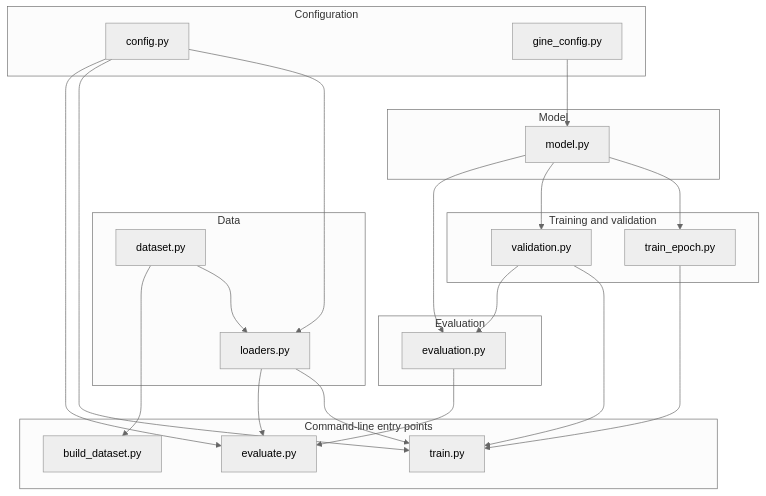
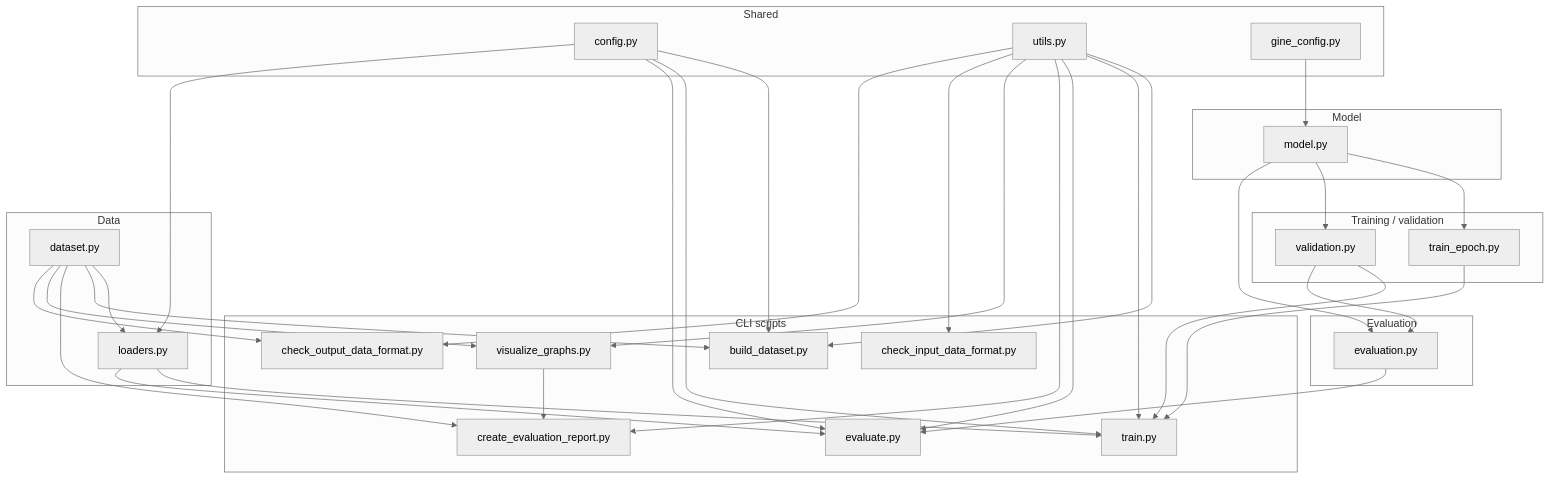
One commit to mananoreboton/gnn_gine_mprov3 changed the second of 2 diagrams in README.md. Above: the diagram before and after it, drawn with Mermaid (neutral theme). The commit also changed other lines of this file and 13 other files, not shown here.

First line of the commit message:
Refactor dataset management and output paths

````diff
--- a/README.md
+++ b/README.md
@@ -54,51 +124,64 @@
 ```mermaid
 flowchart TB
-    subgraph cli [Command-line entry points]
+    subgraph cli [CLI scripts]
         BuildScript[build_dataset.py]
         TrainScript[train.py]
         EvalScript[evaluate.py]
+        ReportScript[create_evaluation_report.py]
+        VizScript[visualize_graphs.py]
+        CheckInScript[check_input_data_format.py]
+        CheckOutScript[check_output_data_format.py]
     end
 
-    subgraph config [Configuration]
+    subgraph shared [Shared]
         Config[config.py]
+        Utils[utils.py]
         GineConfig[gine_config.py]
     end
 
     subgraph data_layer [Data]
         Dataset[dataset.py]
         Loaders[loaders.py]
-        BuildScript
     end
 
     subgraph model_layer [Model]
         Model[model.py]
-        GineConfig
     end
 
-    subgraph train_logic [Training and validation]
+    subgraph train_logic [Training / validation]
         TrainEpoch[train_epoch.py]
         Validation[validation.py]
-        TrainScript
     end
 
     subgraph eval_logic [Evaluation]
         Evaluation[evaluation.py]
-        EvalScript
     end
 
-    Config --> Loaders
+    Config --> BuildScript
     Config --> TrainScript
     Config --> EvalScript
+    Config --> Loaders
+    Utils --> BuildScript
+    Utils --> TrainScript
+    Utils --> EvalScript
+    Utils --> ReportScript
+    Utils --> VizScript
+    Utils --> CheckInScript
+    Utils --> CheckOutScript
     GineConfig --> Model
     Dataset --> Loaders
     Dataset --> BuildScript
     Loaders --> TrainScript
     Loaders --> EvalScript
     Model --> TrainEpoch
     Model --> Validation
     Model --> Evaluation
     TrainEpoch --> TrainScript
     Validation --> TrainScript
     Validation --> Evaluation
     Evaluation --> EvalScript
+    Dataset --> ReportScript
+    Dataset --> VizScript
+    VizScript --> ReportScript
+    Dataset --> CheckOutScript
 ```
````
